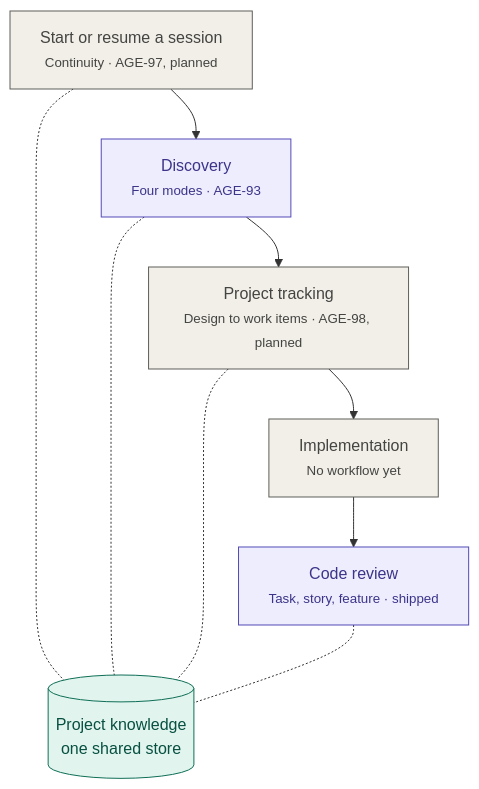
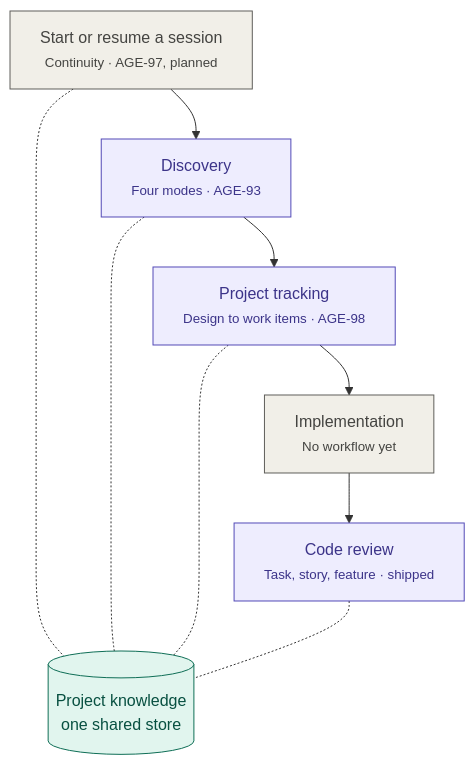
Before and after one commit to Monolith-INC/unified-plugin-framework: the first of 5 diagrams in docs/user-journey.md, drawn with Mermaid. The commit also changed other lines of this file and 54 other files, not shown here.

````diff
--- a/docs/user-journey.md
+++ b/docs/user-journey.md
@@ -19,22 +19,22 @@
 ```mermaid
 flowchart TD
     C["Start or resume a session<br/><small>Continuity · AGE-97, planned</small>"]
     D["Discovery<br/><small>Four modes · AGE-93</small>"]
-    T["Project tracking<br/><small>Design to work items · AGE-98, planned</small>"]
+    T["Project tracking<br/><small>Design to work items · AGE-98</small>"]
     I["Implementation<br/><small>No workflow yet</small>"]
     R["Code review<br/><small>Task, story, feature · shipped</small>"]
     K[("Project knowledge<br/>one shared store")]
 
     C --> D --> T --> I --> R
     C -.- K
     D -.- K
     T -.- K
     R -.- K
 
     classDef built fill:#EEEDFE,stroke:#534AB7,color:#3C3489
     classDef planned fill:#F1EFE8,stroke:#5F5E5A,color:#444441
     classDef store fill:#E1F5EE,stroke:#0F6E56,color:#085041
-    class D,R built
-    class C,T,I planned
+    class D,T,R built
+    class C,I planned
     class K store
 ```
````
